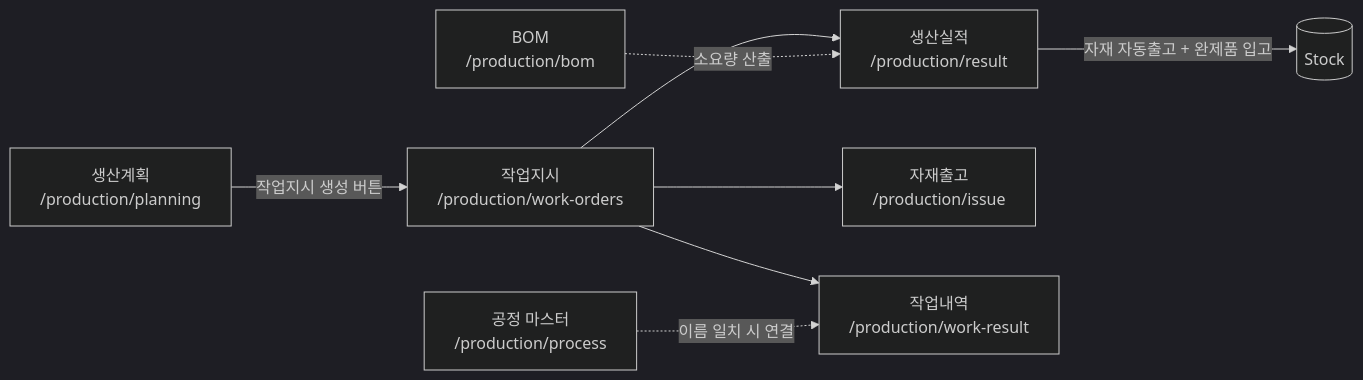
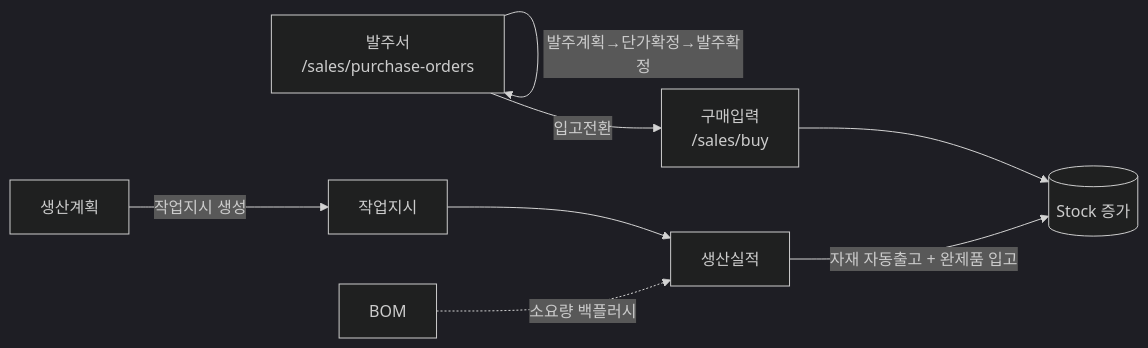
Before and after one commit to KWANHYUNKIM/industry-erp: the ninth of 11 diagrams in docs/데이터-관계도.md, drawn with Mermaid (dark theme). The commit also changed other lines of this file and 1 other file, not shown here.

````diff
--- a/docs/데이터-관계도.md
+++ b/docs/데이터-관계도.md
@@ -141,10 +208,10 @@
 ```mermaid
 flowchart LR
-  P["생산계획<br/>/production/planning"] -->|"작업지시 생성 버튼"| W["작업지시<br/>/production/work-orders"]
-  W --> R["생산실적<br/>/production/result"]
-  BOM["BOM<br/>/production/bom"] -.->|소요량 산출| R
-  R -->|자재 자동출고 + 완제품 입고| S[(Stock)]
-  W --> I["자재출고<br/>/production/issue"]
-  W --> WR["작업내역<br/>/production/work-result"]
-  PRC["공정 마스터<br/>/production/process"] -.->|이름 일치 시 연결| WR
+  PO["발주서<br/>/sales/purchase-orders"] -->|"발주계획→단가확정→발주확정"| PO
+  PO -->|"입고전환"| PU["구매입력<br/>/sales/buy"]
+  PU --> ST[(Stock 증가)]
+  PL["생산계획"] -->|"작업지시 생성"| WO["작업지시"]
+  WO --> PR["생산실적"]
+  BOM["BOM"] -.->|"소요량 백플러시"| PR
+  PR -->|"자재 자동출고 + 완제품 입고"| ST
 ```
````
